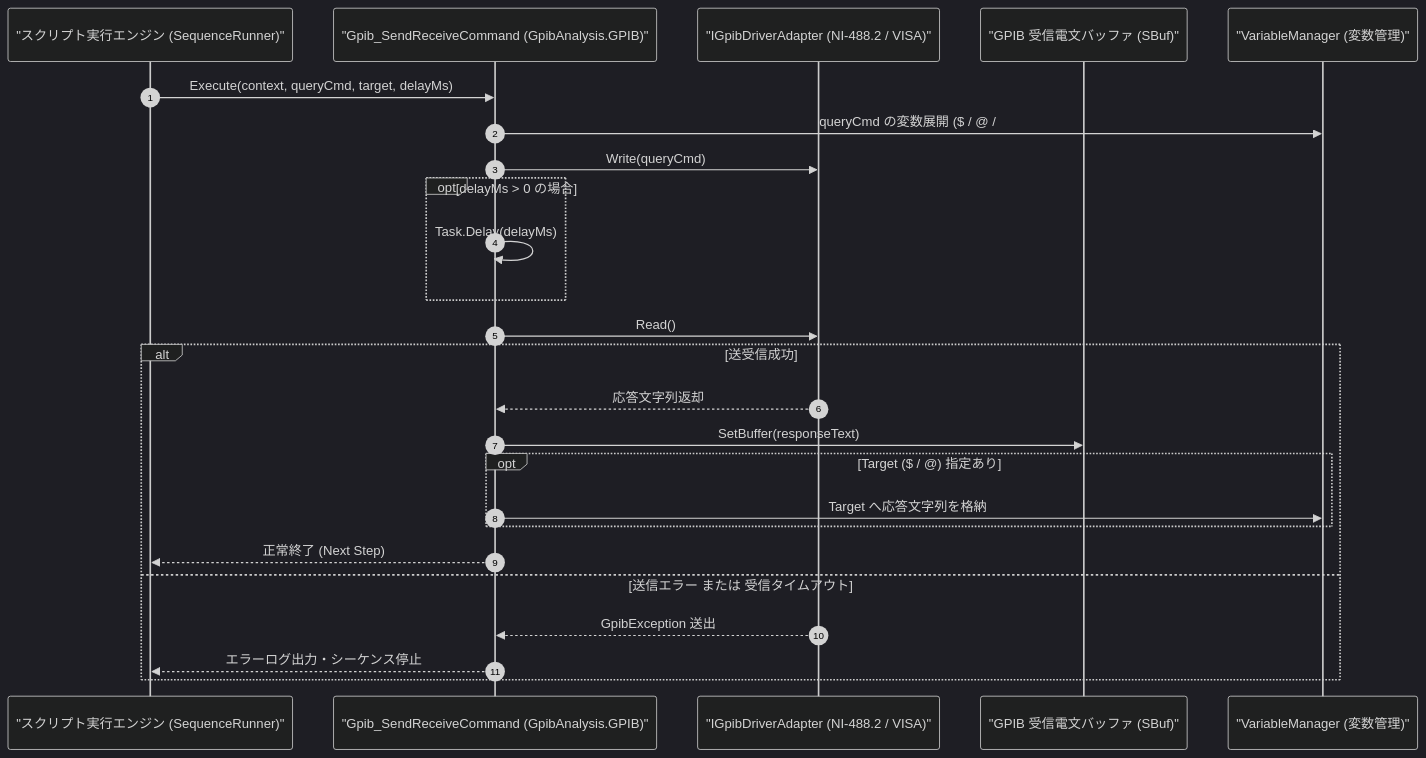
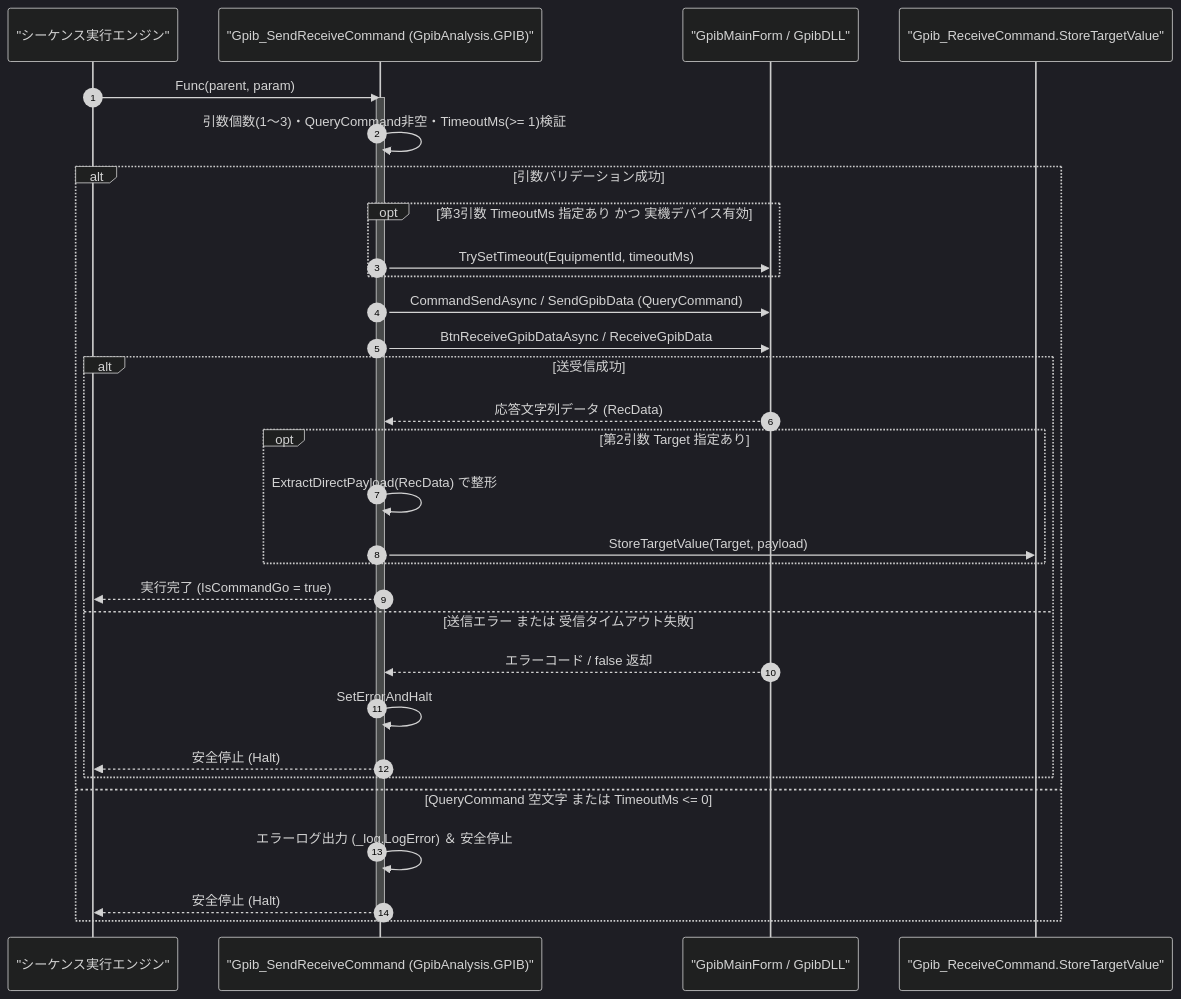
One commit to Monaca-App/GpibAddIn changed the diagram in Manual/GPIB/Gpib_SendReceive.Md. Above: the diagram before and after it, drawn with Mermaid (dark theme). The commit also changed other lines of this file and 30 other files, not shown here.

````diff
--- a/Manual/GPIB/Gpib_SendReceive.Md
+++ b/Manual/GPIB/Gpib_SendReceive.Md
@@ -68,28 +69,35 @@
 ```mermaid
 sequenceDiagram
     autonumber
-    participant Script as "スクリプト実行エンジン (SequenceRunner)"
+    participant Script as "シーケンス実行エンジン"
     participant Cmd as "Gpib_SendReceiveCommand (GpibAnalysis.GPIB)"
-    participant Drv as "IGpibDriverAdapter (NI-488.2 / VISA)"
-    participant SBuf as "GPIB 受信電文バッファ (SBuf)"
-    participant Var as "VariableManager (変数管理)"
+    participant Host as "GpibMainForm / GpibDLL"
+    participant Var as "Gpib_ReceiveCommand.StoreTargetValue"
 
-    Script->>Cmd: Execute(context, queryCmd, target, delayMs)
-    Cmd->>Var: queryCmd の変数展開 ($ / @ / #)
-    Cmd->>Drv: Write(queryCmd)
-    opt delayMs > 0 の場合
-        Cmd->>Cmd: Task.Delay(delayMs)
+    Script->>Cmd: Func(parent, param)
+    activate Cmd
+    Cmd->>Cmd: 引数個数(1〜3)・QueryCommand非空・TimeoutMs(>= 1)検証
+    alt 引数バリデーション成功
+        opt 第3引数 TimeoutMs 指定あり かつ 実機デバイス有効
+            Cmd->>Host: TrySetTimeout(EquipmentId, timeoutMs)
+        end
+        Cmd->>Host: CommandSendAsync / SendGpibData (QueryCommand)
+        Cmd->>Host: BtnReceiveGpibDataAsync / ReceiveGpibData
+        alt 送受信成功
+            Host-->>Cmd: 応答文字列データ (RecData)
+            opt 第2引数 Target 指定あり
+                Cmd->>Cmd: ExtractDirectPayload(RecData) で整形
+                Cmd->>Var: StoreTargetValue(Target, payload)
+            end
+            Cmd-->>Script: 実行完了 (IsCommandGo = true)
+        else 送信エラー または 受信タイムアウト失敗
+            Host-->>Cmd: エラーコード / false 返却
+            Cmd->>Cmd: SetErrorAndHalt
+            Cmd-->>Script: 安全停止 (Halt)
+        end
+    else QueryCommand 空文字 または TimeoutMs <= 0
+        Cmd->>Cmd: エラーログ出力 (_log.LogError) ＆ 安全停止
+        Cmd-->>Script: 安全停止 (Halt)
     end
-    Cmd->>Drv: Read()
-    alt 送受信成功
-        Drv-->>Cmd: 応答文字列返却
-        Cmd->>SBuf: SetBuffer(responseText)
-        opt Target ($ / @) 指定あり
-            Cmd->>Var: Target へ応答文字列を格納
-        end
-        Cmd-->>Script: 正常終了 (Next Step)
-    else 送信エラー または 受信タイムアウト
-        Drv-->>Cmd: GpibException 送出
-        Cmd-->>Script: エラーログ出力・シーケンス停止
-    end
+    deactivate Cmd
 ```
````
